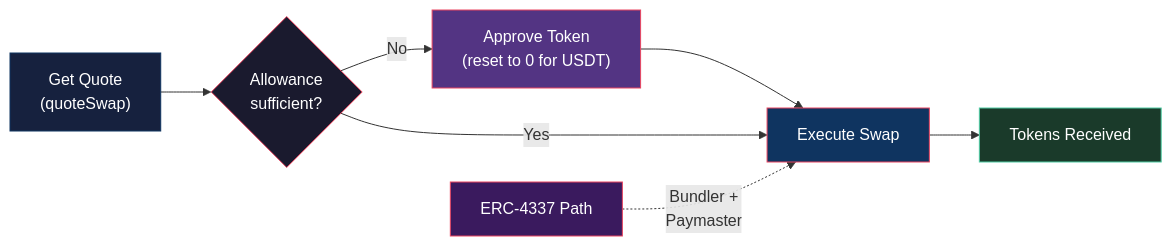
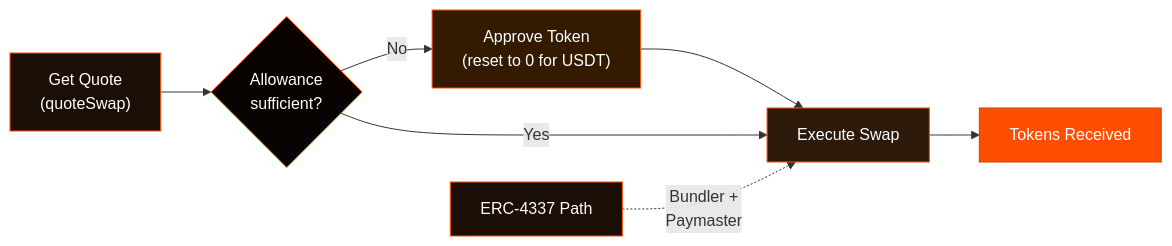
The diagram in sdk/swap-modules/swap-velora-evm/README.md (gatteo/wdk-docs), drawn with Mermaid before and after one commit. The commit also changed 21 other files, not shown here.

Commit message:
docs: update all mermaid diagrams to WDK branding colors (#FF4E00 orange, #080201 dark)

````diff
--- a/sdk/swap-modules/swap-velora-evm/README.md
+++ b/sdk/swap-modules/swap-velora-evm/README.md
@@ -24,17 +24,17 @@
 ```mermaid
 flowchart LR
     A["Get Quote\n(quoteSwap)"] --> B{"Allowance\nsufficient?"}
     B -->|No| C["Approve Token\n(reset to 0 for USDT)"]
     C --> D["Execute Swap"]
     B -->|Yes| D
     D --> E["Tokens Received"]
 
     D2["ERC-4337 Path"] -.->|"Bundler +\nPaymaster"| D
 
-    style A fill:#16213e,stroke:#0f3460,color:#fff
-    style B fill:#1a1a2e,stroke:#e94560,color:#fff
-    style C fill:#533483,stroke:#e94560,color:#fff
-    style D fill:#0f3460,stroke:#e94560,color:#fff
-    style E fill:#1a3a2a,stroke:#4ecca3,color:#fff
-    style D2 fill:#3a1a5e,stroke:#e94560,color:#fff
+    style A fill:#1a0e06,stroke:#FF4E00,color:#fff
+    style B fill:#080201,stroke:#FF4E00,color:#fff
+    style C fill:#331a00,stroke:#FF4E00,color:#fff
+    style D fill:#2d1a0a,stroke:#FF4E00,color:#fff
+    style E fill:#FF4E00,stroke:#cc3e00,color:#fff
+    style D2 fill:#1a0e06,stroke:#FF4E00,color:#fff
 ```
````
